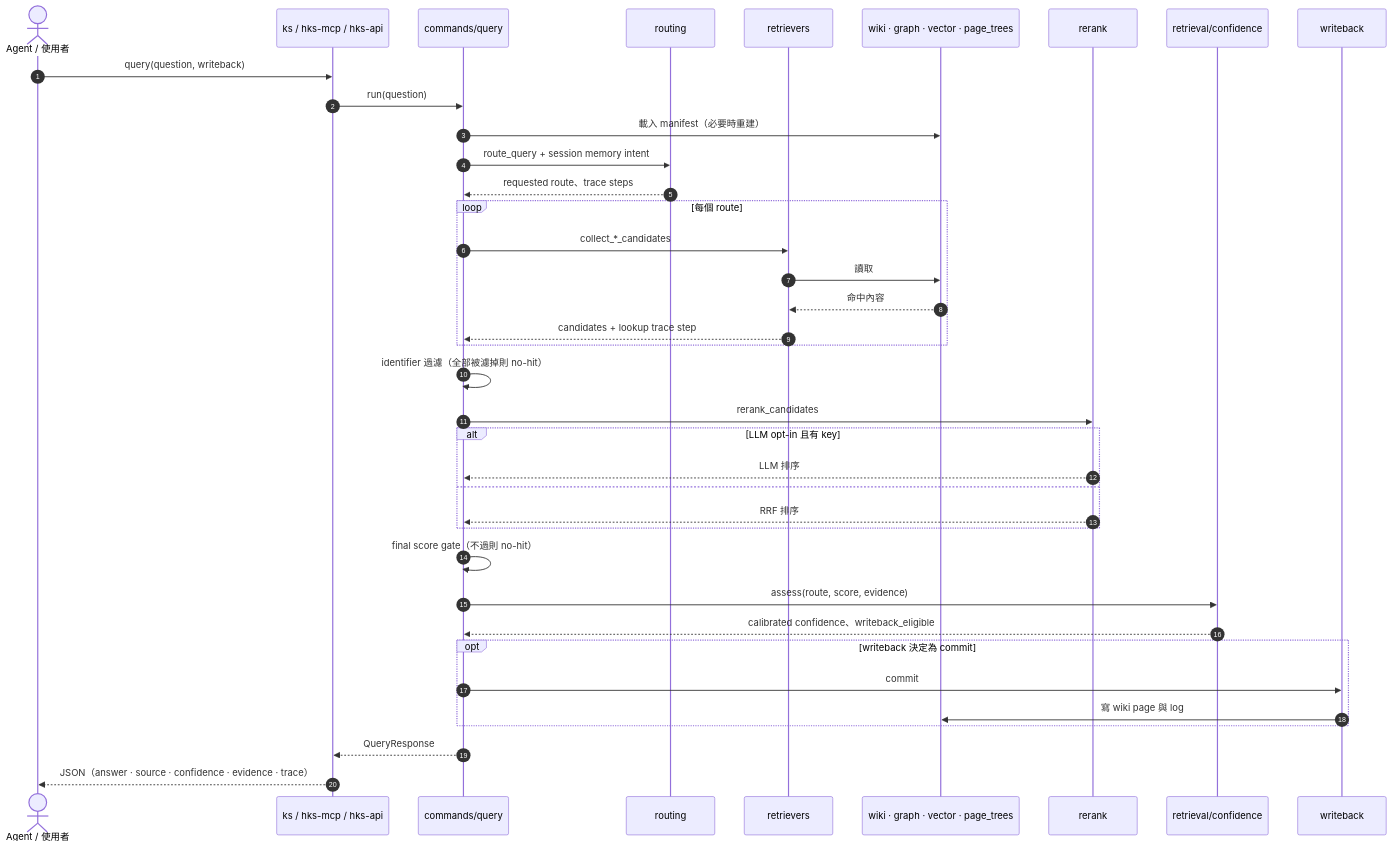
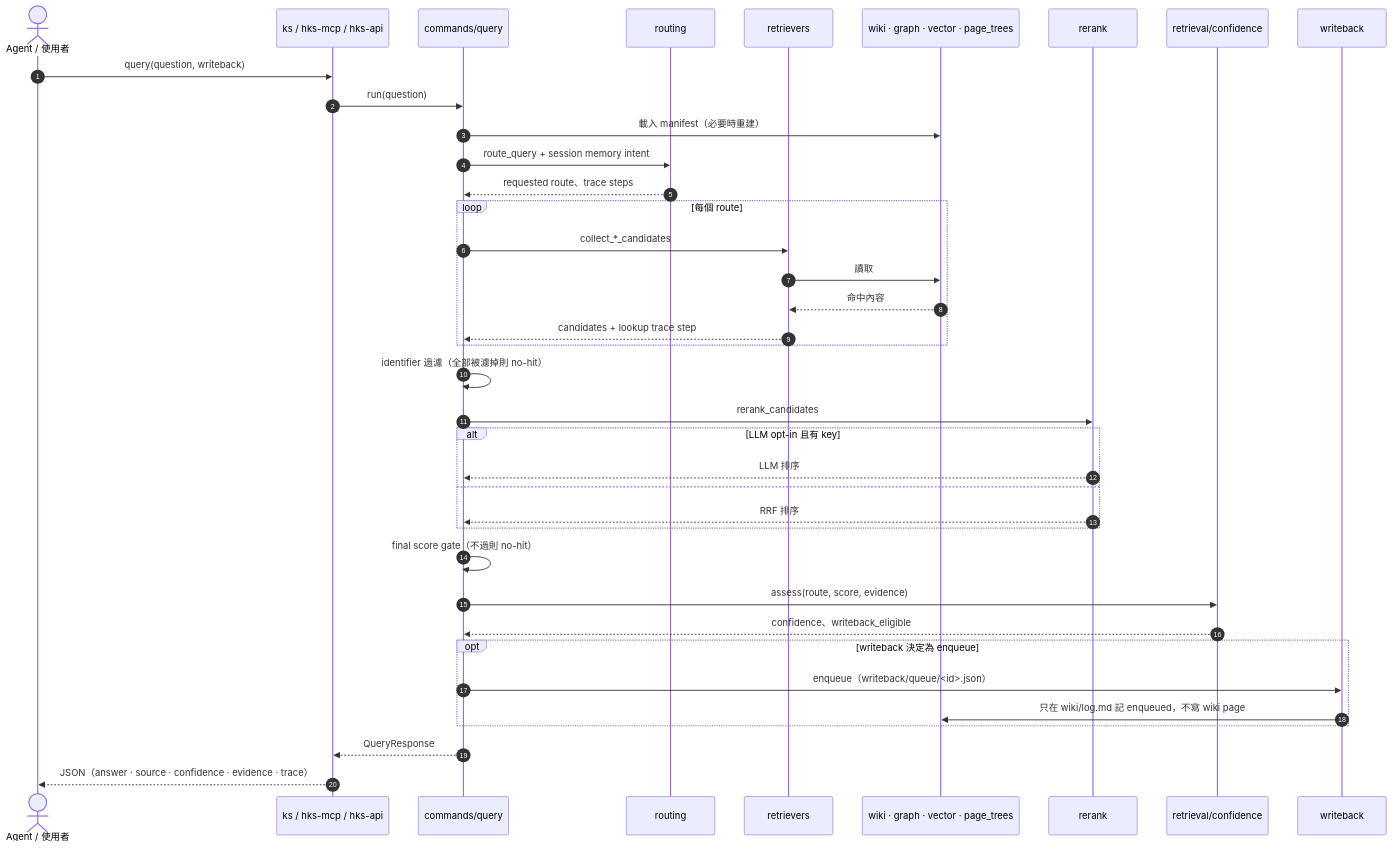
Before and after one commit to WaynezProg/Hybrid-Knowledge-System: the fourth of 6 diagrams in docs/architecture.md, drawn with Mermaid. The commit also changed other lines of this file and 12 other files, not shown here.

First line of the commit message:
docs(writeback): 更新 write-back review queue 文件與 019 spec 狀態

````diff
--- a/docs/architecture.md
+++ b/docs/architecture.md
@@ -159,41 +159,41 @@
 ```mermaid
 sequenceDiagram
     autonumber
     actor A as Agent / 使用者
     participant E as ks / hks-mcp / hks-api
     participant Q as commands/query
     participant R as routing
     participant T as retrievers
     participant S as wiki · graph · vector · page_trees
     participant K as rerank
     participant C as retrieval/confidence
     participant W as writeback
 
     A->>E: query(question, writeback)
     E->>Q: run(question)
     Q->>S: 載入 manifest（必要時重建）
     Q->>R: route_query + session memory intent
     R-->>Q: requested route、trace steps
     loop 每個 route
         Q->>T: collect_*_candidates
         T->>S: 讀取
         S-->>T: 命中內容
         T-->>Q: candidates + lookup trace step
     end
     Q->>Q: identifier 過濾（全部被濾掉則 no-hit）
     Q->>K: rerank_candidates
     alt LLM opt-in 且有 key
         K-->>Q: LLM 排序
     else
         K-->>Q: RRF 排序
     end
     Q->>Q: final score gate（不過則 no-hit）
     Q->>C: assess(route, score, evidence)
-    C-->>Q: calibrated confidence、writeback_eligible
-    opt writeback 決定為 commit
-        Q->>W: commit
-        W->>S: 寫 wiki page 與 log
+    C-->>Q: confidence、writeback_eligible
+    opt writeback 決定為 enqueue
+        Q->>W: enqueue（writeback/queue/<id>.json）
+        W->>S: 只在 wiki/log.md 記 enqueued，不寫 wiki page
     end
     Q-->>E: QueryResponse
     E-->>A: JSON（answer · source · confidence · evidence · trace）
 ```
````
